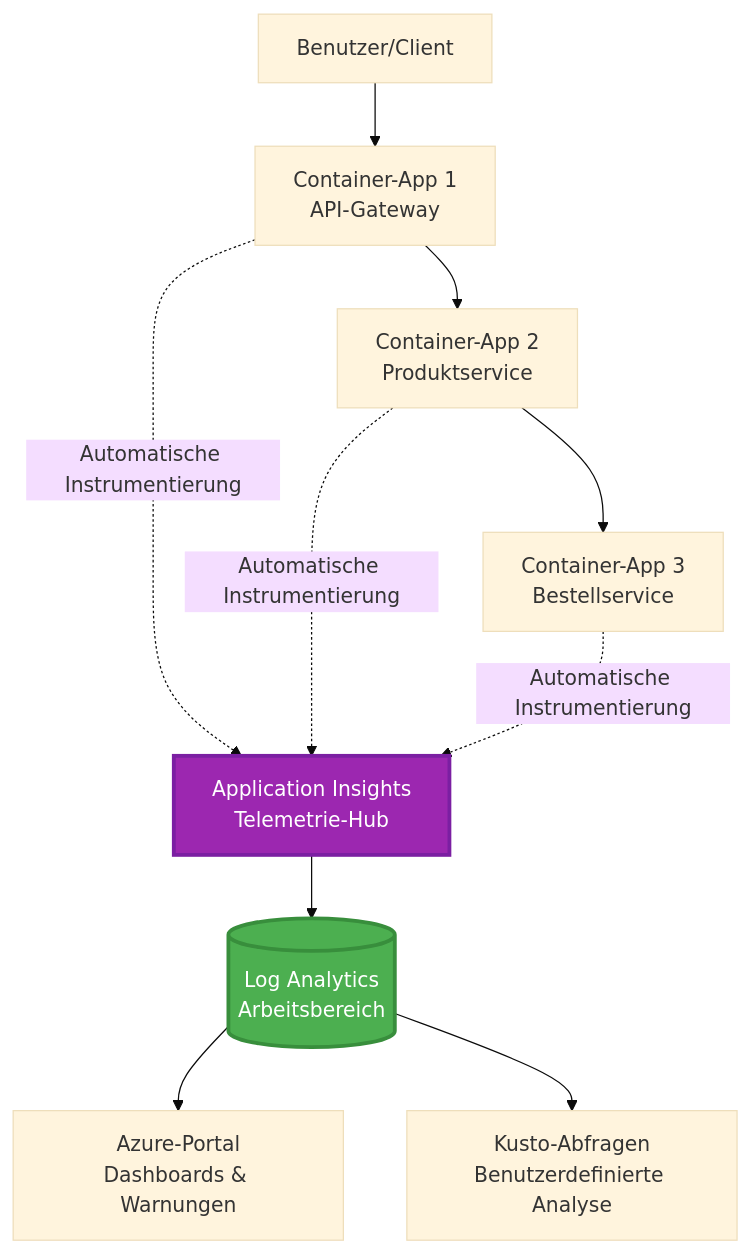
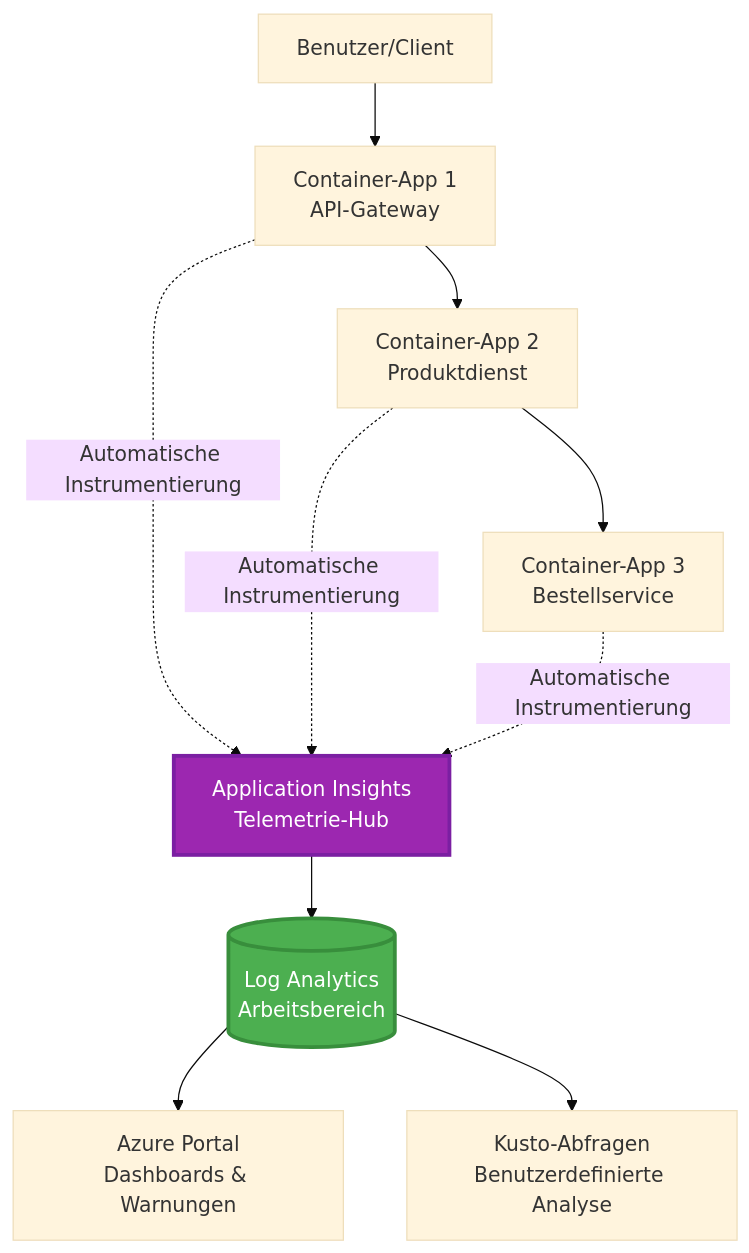
The first of 2 diagrams in translations/de/docs/chapter-06-pre-deployment/application-insights.md (microsoft/AZD-for-beginners), drawn with Mermaid (base theme) before and after one commit. The commit also changed other lines of this file and 101 other files, not shown here.

````diff
--- a/translations/de/docs/chapter-06-pre-deployment/application-insights.md
+++ b/translations/de/docs/chapter-06-pre-deployment/application-insights.md
@@ -58,28 +58,28 @@
 ```mermaid
 graph TB
     User[Benutzer/Client]
     App1[Container-App 1<br/>API-Gateway]
-    App2[Container-App 2<br/>Produktservice]
+    App2[Container-App 2<br/>Produktdienst]
     App3[Container-App 3<br/>Bestellservice]
     
     AppInsights[Application Insights<br/>Telemetrie-Hub]
     LogAnalytics[(Log Analytics<br/>Arbeitsbereich)]
     
-    Portal[Azure-Portal<br/>Dashboards & Warnungen]
+    Portal[Azure Portal<br/>Dashboards & Warnungen]
     Query[Kusto-Abfragen<br/>Benutzerdefinierte Analyse]
     
     User --> App1
     App1 --> App2
     App2 --> App3
     
     App1 -.->|Automatische Instrumentierung| AppInsights
     App2 -.->|Automatische Instrumentierung| AppInsights
     App3 -.->|Automatische Instrumentierung| AppInsights
     
     AppInsights --> LogAnalytics
     LogAnalytics --> Portal
     LogAnalytics --> Query
     
     style AppInsights fill:#9C27B0,stroke:#7B1FA2,stroke-width:3px,color:#fff
     style LogAnalytics fill:#4CAF50,stroke:#388E3C,stroke-width:3px,color:#fff
 ```
````
